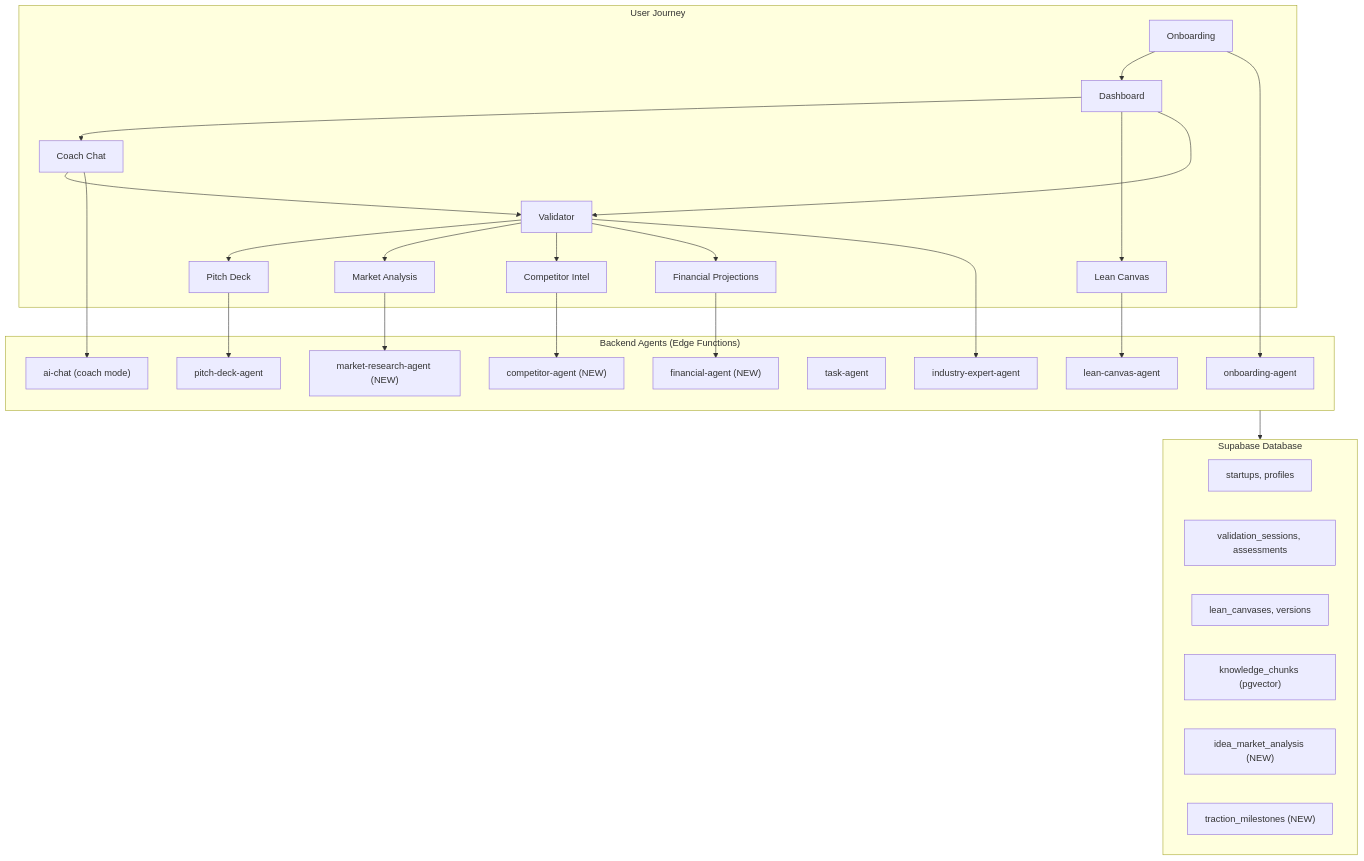
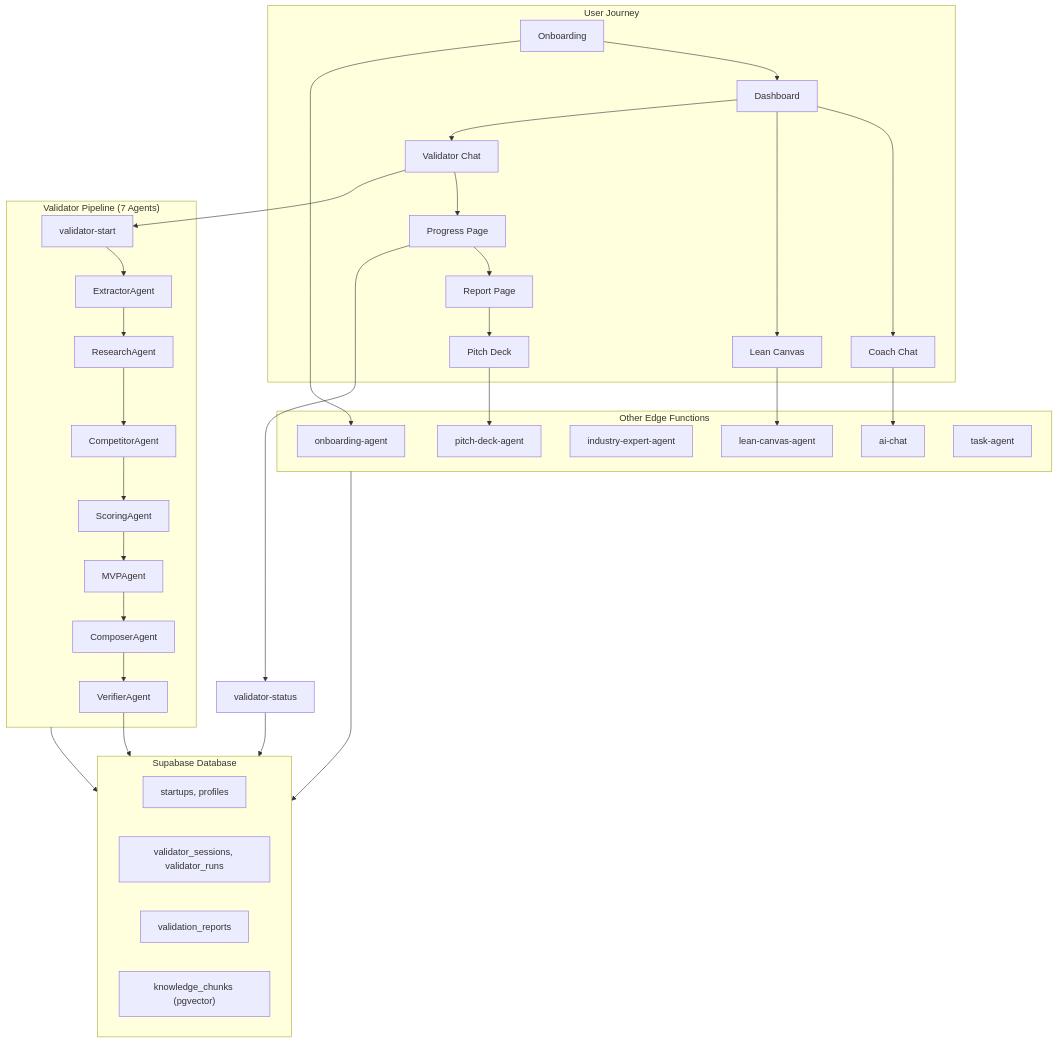
Before and after one commit to amo-tech-ai/rocket-path-ai: the first of 4 diagrams in docs/tasks/00-progress-tracker.md, drawn with Mermaid. The commit also changed other lines of this file and 1 other file, not shown here.

````diff
--- a/docs/tasks/00-progress-tracker.md
+++ b/docs/tasks/00-progress-tracker.md
@@ -39,47 +274,52 @@
 ```mermaid
 flowchart TB
     subgraph UserJourney["User Journey"]
         O["Onboarding"] --> D["Dashboard"]
         D --> C["Coach Chat"]
         D --> LC["Lean Canvas"]
-        D --> V["Validator"]
-        C --> V
-        V --> PD["Pitch Deck"]
-        V --> MA["Market Analysis"]
-        V --> CI["Competitor Intel"]
-        V --> FP["Financial Projections"]
+        D --> V["Validator Chat"]
+        V --> VP["Progress Page"]
+        VP --> VR["Report Page"]
+        VR --> PD["Pitch Deck"]
     end
     
-    subgraph BackendAgents["Backend Agents (Edge Functions)"]
+    subgraph ValidatorPipeline["Validator Pipeline (7 Agents)"]
+        VS["validator-start"] --> A1["ExtractorAgent"]
+        A1 --> A2["ResearchAgent"]
+        A2 --> A3["CompetitorAgent"]
+        A3 --> A4["ScoringAgent"]
+        A4 --> A5["MVPAgent"]
+        A5 --> A6["ComposerAgent"]
+        A6 --> A7["VerifierAgent"]
+    end
+    
+    subgraph BackendAgents["Other Edge Functions"]
         OA["onboarding-agent"]
-        CA["ai-chat (coach mode)"]
+        CA["ai-chat"]
         IEA["industry-expert-agent"]
         LCA["lean-canvas-agent"]
         PDA["pitch-deck-agent"]
         TA["task-agent"]
-        MRA["market-research-agent (NEW)"]
-        CPA["competitor-agent (NEW)"]
-        FA["financial-agent (NEW)"]
     end
     
     subgraph Database["Supabase Database"]
         direction LR
         StartupData["startups, profiles"]
-        CoachData["validation_sessions, assessments"]
-        CanvasData["lean_canvases, versions"]
+        ValidatorData["validator_sessions, validator_runs"]
+        ReportData["validation_reports"]
         VectorData["knowledge_chunks (pgvector)"]
-        MarketData["idea_market_analysis (NEW)"]
-        GrowthData["traction_milestones (NEW)"]
     end
+    
+    V --> VS
+    VP --> VST["validator-status"]
+    VST --> ValidatorData
+    A7 --> ReportData
     
     O --> OA
     C --> CA
     LC --> LCA
-    V --> IEA
     PD --> PDA
-    MA --> MRA
-    CI --> CPA
-    FP --> FA
     
     BackendAgents --> Database
+    ValidatorPipeline --> Database
 ```
````
